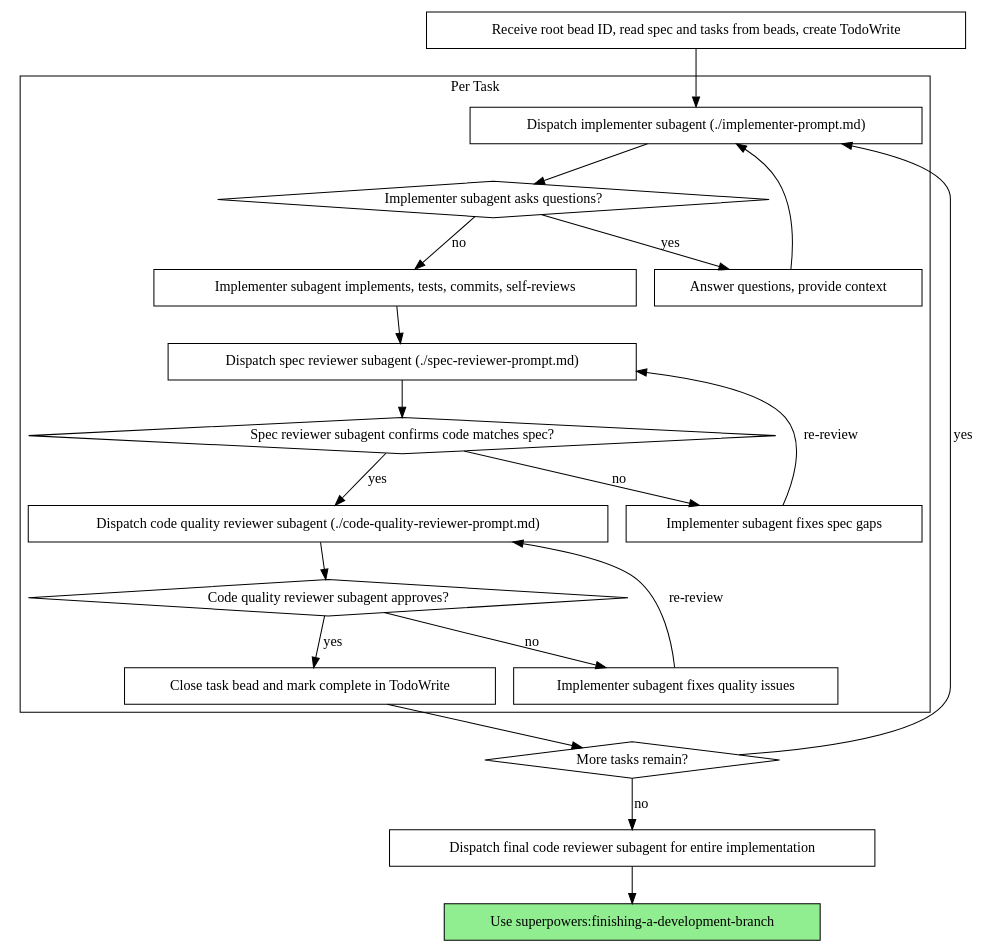
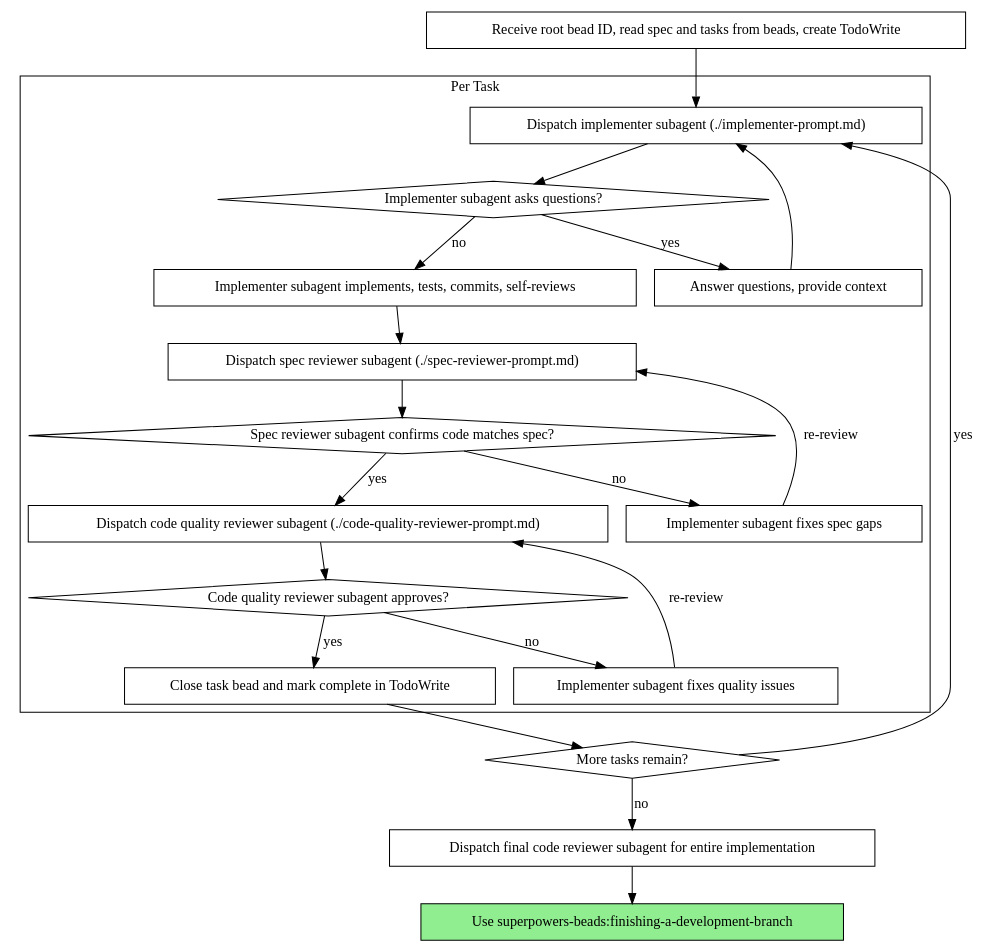
The second of 2 diagrams in skills/subagent-driven-development/SKILL.md (rsktash/superpowers), drawn with Graphviz before and after one commit. The commit also changed other lines of this file and 15 other files, not shown here.

First line of the commit message:
fix: rename all skill cross-references from superpowers: to superpowers-beads:

````diff
--- a/skills/subagent-driven-development/SKILL.md
+++ b/skills/subagent-driven-development/SKILL.md
@@ -44,44 +44,44 @@
 ```dot
 digraph process {
     rankdir=TB;
 
     subgraph cluster_per_task {
         label="Per Task";
         "Dispatch implementer subagent (./implementer-prompt.md)" [shape=box];
         "Implementer subagent asks questions?" [shape=diamond];
         "Answer questions, provide context" [shape=box];
         "Implementer subagent implements, tests, commits, self-reviews" [shape=box];
         "Dispatch spec reviewer subagent (./spec-reviewer-prompt.md)" [shape=box];
         "Spec reviewer subagent confirms code matches spec?" [shape=diamond];
         "Implementer subagent fixes spec gaps" [shape=box];
         "Dispatch code quality reviewer subagent (./code-quality-reviewer-prompt.md)" [shape=box];
         "Code quality reviewer subagent approves?" [shape=diamond];
         "Implementer subagent fixes quality issues" [shape=box];
         "Close task bead and mark complete in TodoWrite" [shape=box];
     }
 
     "Receive root bead ID, read spec and tasks from beads, create TodoWrite" [shape=box];
     "More tasks remain?" [shape=diamond];
     "Dispatch final code reviewer subagent for entire implementation" [shape=box];
-    "Use superpowers:finishing-a-development-branch" [shape=box style=filled fillcolor=lightgreen];
+    "Use superpowers-beads:finishing-a-development-branch" [shape=box style=filled fillcolor=lightgreen];
 
     "Receive root bead ID, read spec and tasks from beads, create TodoWrite" -> "Dispatch implementer subagent (./implementer-prompt.md)";
     "Dispatch implementer subagent (./implementer-prompt.md)" -> "Implementer subagent asks questions?";
     "Implementer subagent asks questions?" -> "Answer questions, provide context" [label="yes"];
     "Answer questions, provide context" -> "Dispatch implementer subagent (./implementer-prompt.md)";
     "Implementer subagent asks questions?" -> "Implementer subagent implements, tests, commits, self-reviews" [label="no"];
     "Implementer subagent implements, tests, commits, self-reviews" -> "Dispatch spec reviewer subagent (./spec-reviewer-prompt.md)";
     "Dispatch spec reviewer subagent (./spec-reviewer-prompt.md)" -> "Spec reviewer subagent confirms code matches spec?";
     "Spec reviewer subagent confirms code matches spec?" -> "Implementer subagent fixes spec gaps" [label="no"];
     "Implementer subagent fixes spec gaps" -> "Dispatch spec reviewer subagent (./spec-reviewer-prompt.md)" [label="re-review"];
     "Spec reviewer subagent confirms code matches spec?" -> "Dispatch code quality reviewer subagent (./code-quality-reviewer-prompt.md)" [label="yes"];
     "Dispatch code quality reviewer subagent (./code-quality-reviewer-prompt.md)" -> "Code quality reviewer subagent approves?";
     "Code quality reviewer subagent approves?" -> "Implementer subagent fixes quality issues" [label="no"];
     "Implementer subagent fixes quality issues" -> "Dispatch code quality reviewer subagent (./code-quality-reviewer-prompt.md)" [label="re-review"];
     "Code quality reviewer subagent approves?" -> "Close task bead and mark complete in TodoWrite" [label="yes"];
     "Close task bead and mark complete in TodoWrite" -> "More tasks remain?";
     "More tasks remain?" -> "Dispatch implementer subagent (./implementer-prompt.md)" [label="yes"];
     "More tasks remain?" -> "Dispatch final code reviewer subagent for entire implementation" [label="no"];
-    "Dispatch final code reviewer subagent for entire implementation" -> "Use superpowers:finishing-a-development-branch";
+    "Dispatch final code reviewer subagent for entire implementation" -> "Use superpowers-beads:finishing-a-development-branch";
 }
 ```
````
